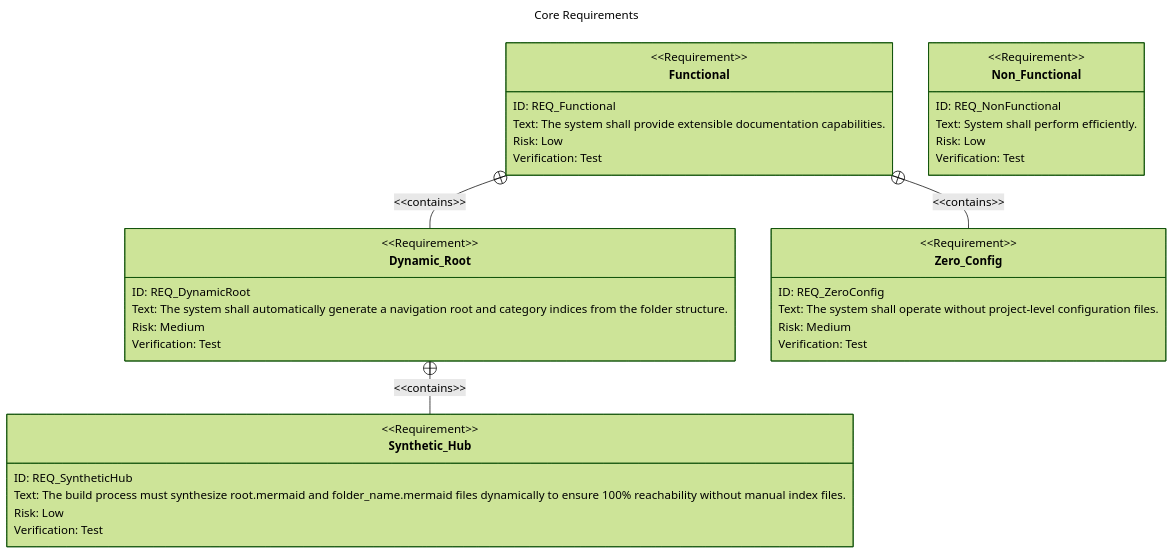
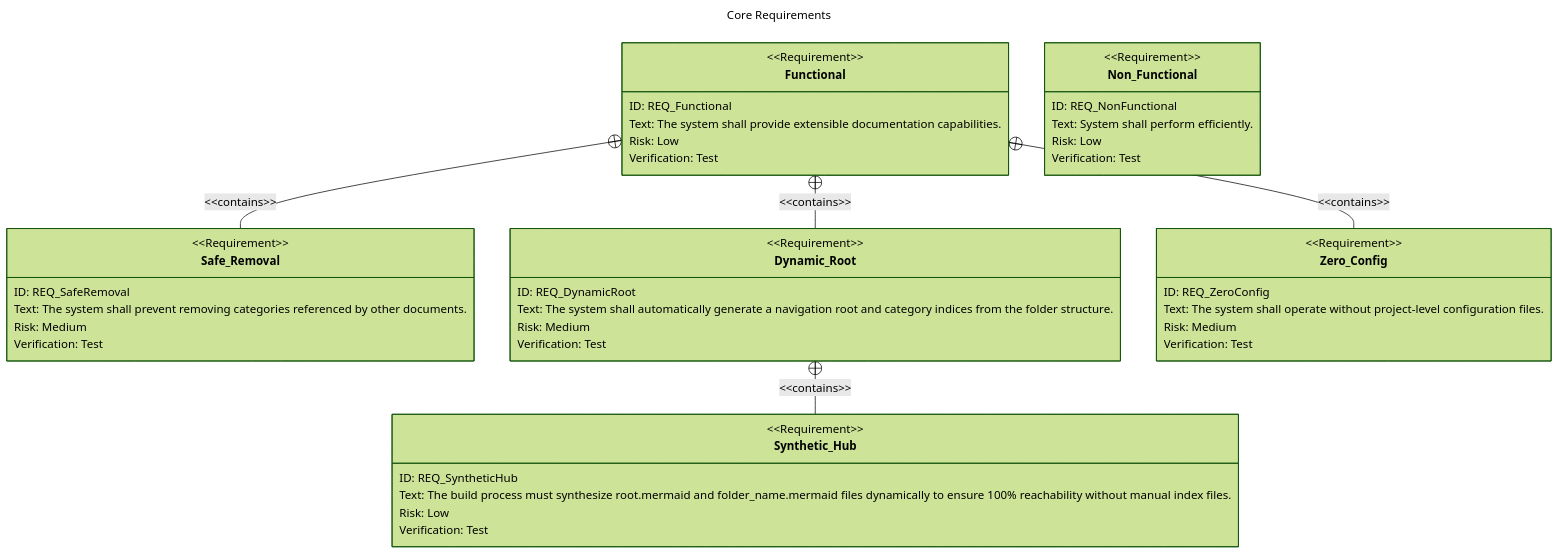
Before and after one commit to futurefoundai/foundryspec: the diagram in docs/requirements/REQ_Core.mermaid, drawn with Mermaid (forest theme). The commit also changed 4 other files, not shown here.

```diff
--- a/docs/requirements/REQ_Core.mermaid
+++ b/docs/requirements/REQ_Core.mermaid
@@ -1,88 +1,104 @@
 ---
 id: "REQ_Core"
 title: Core Requirements
 description: General functional and non-functional requirements.
 classification: Functional
 entities:
-  - id: "REQ_Core"
+  - id: REQ_Core
     uplink: 
-      - "GRP_Requirements"
-      - "PER_SystemAnalyst"
+      - GRP_Requirements
+      - PER_SystemAnalyst
     downlinks:
-      - "REQ_Functional"
-      - "REQ_NonFunctional"
+      - REQ_SafeRemoval
+      - REQ_Functional
+      - REQ_NonFunctional
   - id: "REQ_Functional"
     classification: Functional
     uplink: 
       - "REQ_Core"
       - "PER_SystemAnalyst"
     downlinks:
       - "COMP_CLI"
       - "COMP_GitManager"
       - "COMP_ClickInterceptor"
       - "CTX_System"
   - id: "REQ_NonFunctional"
     classification: Non-Functional
     uplink: 
       - "REQ_Core"
       - "PER_CodingAgent"
     downlinks:
       - "COMP_Group"
   - id: "REQ_DynamicRoot"
     classification: Functional
     uplink: "REQ_Functional"
     downlinks:
       - "REQ_SyntheticHub"
   - id: "REQ_SyntheticHub"
     classification: Functional
     title: Synthetic Navigation Hub
     description: The system must automatically generate root and category indices to eliminate manual maintenance.
     uplink: "REQ_DynamicRoot"
     downlinks:
       - "COMP_BuildManager"
-  - id: "REQ_ZeroConfig"
+  - id: REQ_ZeroConfig
     classification: Functional
-    uplink: "REQ_Functional"
+    uplink: REQ_Functional
     downlinks:
-      - "COMP_ConfigStore"
+      - COMP_ConfigStore
+  - id: REQ_SafeRemoval
+    classification: Functional
+    uplink: REQ_Core
+    downlinks:
+      - COMP_CLI
 ---
 
 requirementDiagram
     requirement Functional {
         id: "REQ_Functional"
         text: "The system shall provide extensible documentation capabilities."
         risk: Low
         verifymethod: Test
     }
+
+    requirement Safe_Removal {
+        id: "REQ_SafeRemoval"
+        text: "The system shall prevent removing categories referenced by other documents."
+        risk: Medium
+        verifymethod: Test
+    }
+
+    Functional -contains-> Safe_Removal
+
 
     requirement Dynamic_Root {
         id: "REQ_DynamicRoot"
         text: "The system shall automatically generate a navigation root and category indices from the folder structure."
         risk: Medium
         verifymethod: Test
     }
 
     requirement Synthetic_Hub {
         id: "REQ_SyntheticHub"
         text: "The build process must synthesize root.mermaid and folder_name.mermaid files dynamically to ensure 100% reachability without manual index files."
         risk: Low
         verifymethod: Test
     }
 
     requirement Zero_Config {
         id: "REQ_ZeroConfig"
         text: "The system shall operate without project-level configuration files."
         risk: Medium
         verifymethod: Test
     }
 
     requirement Non_Functional {
         id: "REQ_NonFunctional"
         text: "System shall perform efficiently."
         risk: Low
         verifymethod: Test
     }
 
     Functional -contains-> Dynamic_Root
     Functional -contains-> Zero_Config
     Dynamic_Root -contains-> Synthetic_Hub
```
